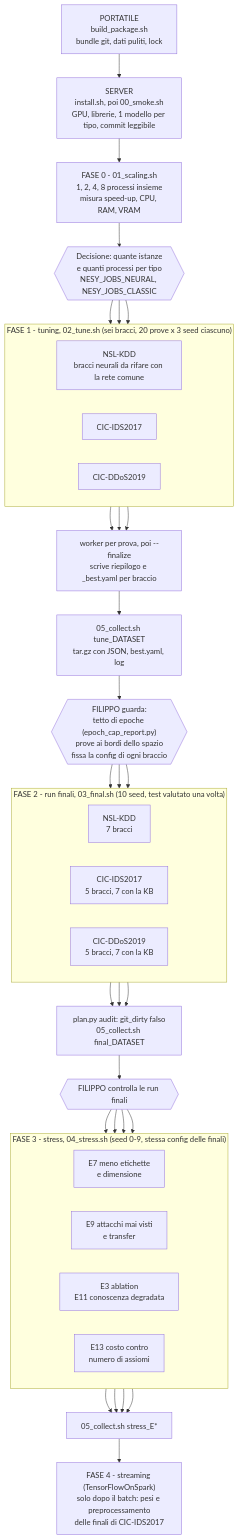
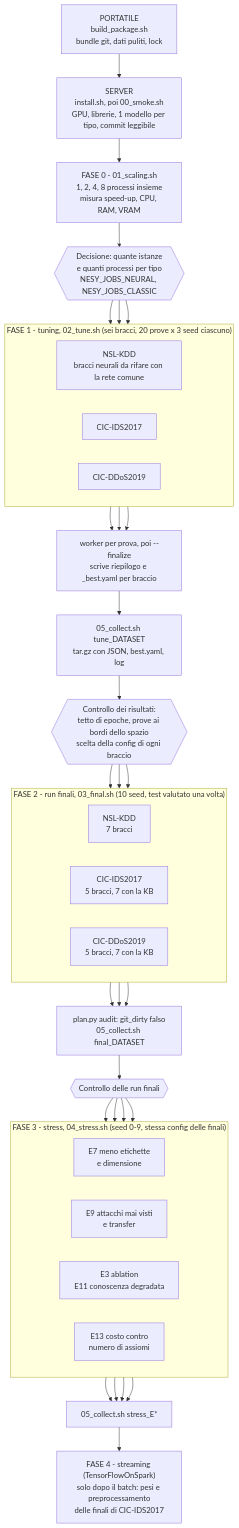
The diagram in server/WORKFLOW.md (fil2405/nesy-nids-bench), drawn with Mermaid before and after one commit. The commit also changed other lines of this file and 2 other files, not shown here.

````diff
--- a/server/WORKFLOW.md
+++ b/server/WORKFLOW.md
@@ -9,43 +9,43 @@
 ```mermaid
 flowchart TD
     P["PORTATILE<br/>build_package.sh<br/>bundle git, dati puliti, lock"] --> I["SERVER<br/>install.sh, poi 00_smoke.sh<br/>GPU, librerie, 1 modello per tipo, commit leggibile"]
     I --> S["FASE 0 - 01_scaling.sh<br/>1, 2, 4, 8 processi insieme<br/>misura speed-up, CPU, RAM, VRAM"]
     S --> G0{{"Decisione: quante istanze<br/>e quanti processi per tipo<br/>NESY_JOBS_NEURAL, NESY_JOBS_CLASSIC"}}
 
     G0 --> T1 & T2 & T3
 
     subgraph FASE1["FASE 1 - tuning, 02_tune.sh (sei bracci, 20 prove x 3 seed ciascuno)"]
         direction LR
         T1["NSL-KDD<br/>bracci neurali da rifare con la rete comune"]
         T2["CIC-IDS2017"]
         T3["CIC-DDoS2019"]
     end
 
     T1 & T2 & T3 --> F1["worker per prova, poi --finalize<br/>scrive riepilogo e _best.yaml per braccio"]
     F1 --> C1["05_collect.sh tune_DATASET<br/>tar.gz con JSON, best.yaml, log"]
-    C1 --> R1{{"FILIPPO guarda:<br/>tetto di epoche (epoch_cap_report.py)<br/>prove ai bordi dello spazio<br/>fissa la config di ogni braccio"}}
+    C1 --> R1{{"Controllo dei risultati:<br/>tetto di epoche, prove ai bordi dello spazio<br/>scelta della config di ogni braccio"}}
 
     R1 --> N1 & N2 & N3
 
     subgraph FASE2["FASE 2 - run finali, 03_final.sh (10 seed, test valutato una volta)"]
         direction LR
         N1["NSL-KDD<br/>7 bracci"]
         N2["CIC-IDS2017<br/>5 bracci, 7 con la KB"]
         N3["CIC-DDoS2019<br/>5 bracci, 7 con la KB"]
     end
 
     N1 & N2 & N3 --> A["plan.py audit: git_dirty falso<br/>05_collect.sh final_DATASET"]
-    A --> R2{{"FILIPPO controlla le run finali"}}
+    A --> R2{{"Controllo delle run finali"}}
     R2 --> X1 & X2 & X3 & X4
 
     subgraph FASE3["FASE 3 - stress, 04_stress.sh (seed 0-9, stessa config delle finali)"]
         direction LR
         X1["E7 meno etichette<br/>e dimensione"]
         X2["E9 attacchi mai visti<br/>e transfer"]
         X3["E3 ablation<br/>E11 conoscenza degradata"]
         X4["E13 costo contro<br/>numero di assiomi"]
     end
 
     X1 & X2 & X3 & X4 --> C3["05_collect.sh stress_E*"]
     C3 --> ST["FASE 4 - streaming (TensorFlowOnSpark)<br/>solo dopo il batch: pesi e preprocessamento<br/>delle finali di CIC-IDS2017"]
 ```
````
